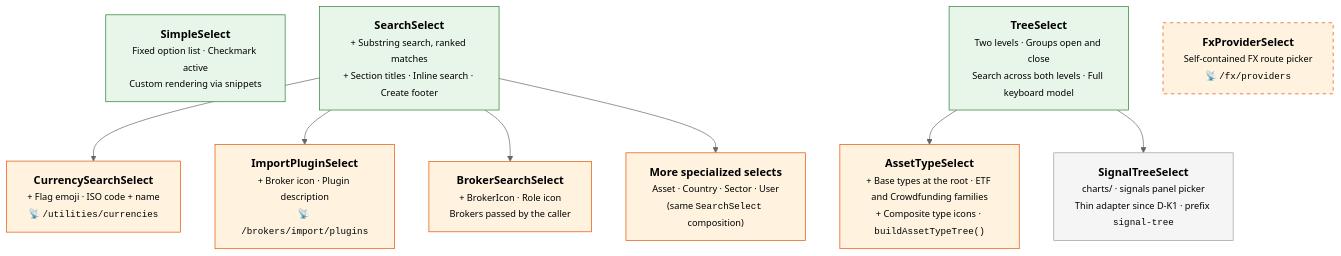
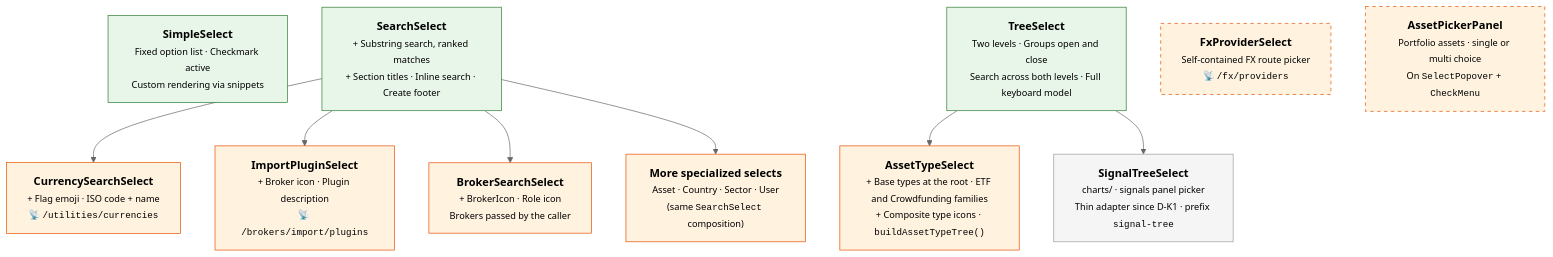
Before and after one commit to Librefolio/LibreFolio: the diagram in mkdocs_src/docs/developer/frontend/components/core-ui/select.md, drawn with Mermaid (neutral theme). The commit also changed other lines of this file, not shown here.

First line of the commit message:
docs(dev): the asset picker panel

````diff
--- a/mkdocs_src/docs/developer/frontend/components/core-ui/select.md
+++ b/mkdocs_src/docs/developer/frontend/components/core-ui/select.md
@@ -15,33 +16,36 @@
 ```mermaid
 graph TD
     SS["<b>SimpleSelect</b><br/><small>Fixed option list · Checkmark active<br/>Custom rendering via snippets</small>"]
 
     SrS["<b>SearchSelect</b><br/><small>+ Substring search, ranked matches<br/>+ Section titles · Inline search · Create footer</small>"]
 
     TS["<b>TreeSelect</b><br/><small>Two levels · Groups open and close<br/>Search across both levels · Full keyboard model</small>"]
 
     SrS --> CSS["<b>CurrencySearchSelect</b><br/><small>+ Flag emoji · ISO code + name<br/>📡 <code>/utilities/currencies</code></small>"]
 
     SrS --> IPS["<b>ImportPluginSelect</b><br/><small>+ Broker icon · Plugin description<br/>📡 <code>/brokers/import/plugins</code></small>"]
 
     SrS --> BSS["<b>BrokerSearchSelect</b><br/><small>+ BrokerIcon · Role icon<br/>Brokers passed by the caller</small>"]
 
     SrS --> MORE["<b>More specialized selects</b><br/><small>Asset · Country · Sector · User<br/>(same <code>SearchSelect</code> composition)</small>"]
 
     TS --> ATS["<b>AssetTypeSelect</b><br/><small>+ Base types at the root · ETF and Crowdfunding families<br/>+ Composite type icons · <code>buildAssetTypeTree()</code></small>"]
 
     TS --> STS["<b>SignalTreeSelect</b><br/><small>charts/ · signals panel picker<br/>Thin adapter since D-K1 · prefix <code>signal-tree</code></small>"]
 
     FPS["<b>FxProviderSelect</b><br/><small>Self-contained FX route picker<br/>📡 <code>/fx/providers</code></small>"]
 
+    APP["<b>AssetPickerPanel</b><br/><small>Portfolio assets · single or multi choice<br/>On <code>SelectPopover</code> + <code>CheckMenu</code></small>"]
+
     style SS fill:#e8f5e9,stroke:#2e7d32
     style SrS fill:#e8f5e9,stroke:#2e7d32
     style TS fill:#e8f5e9,stroke:#2e7d32
     style CSS fill:#fff3e0,stroke:#e65100
     style IPS fill:#fff3e0,stroke:#e65100
     style BSS fill:#fff3e0,stroke:#e65100
     style MORE fill:#fff3e0,stroke:#e65100
     style ATS fill:#fff3e0,stroke:#e65100
     style FPS fill:#fff3e0,stroke:#e65100,stroke-dasharray: 5 5
+    style APP fill:#fff3e0,stroke:#e65100,stroke-dasharray: 5 5
     style STS fill:#f5f5f5,stroke:#9e9e9e
 ```
````
